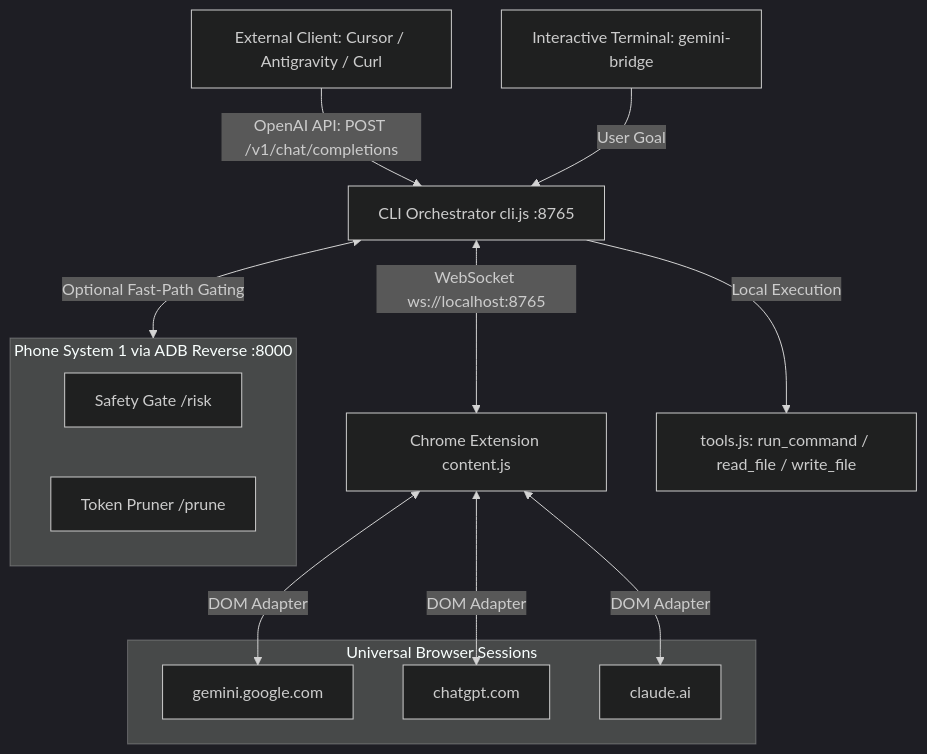
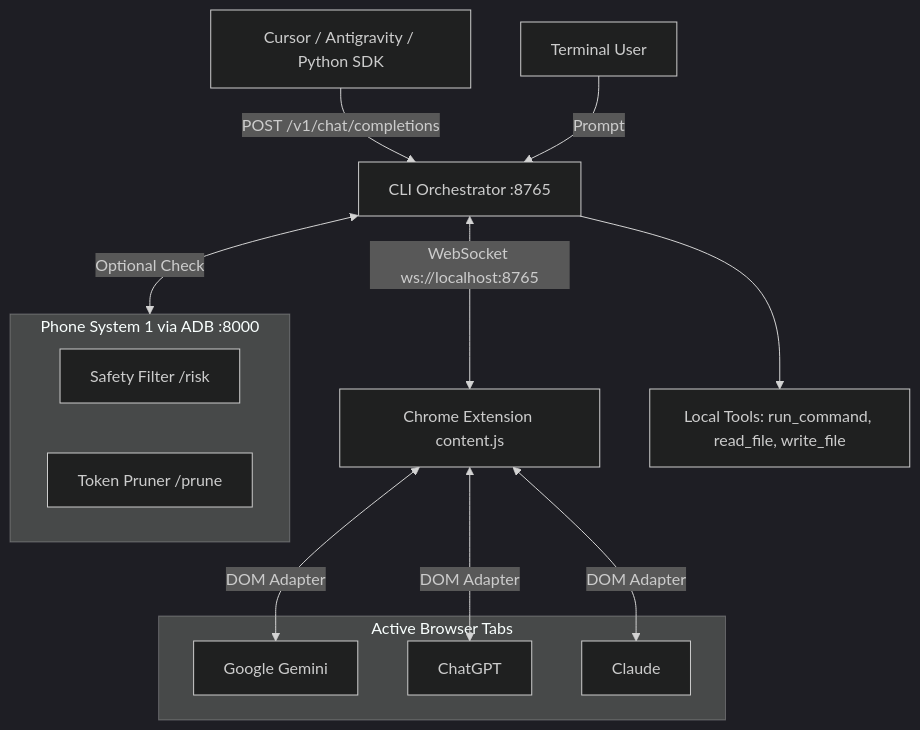
Before and after one commit to CoderBhoid/gemini-bridge: the diagram in README.md, drawn with Mermaid (dark theme). The commit also changed other lines of this file and 3 other files, not shown here.

````diff
--- a/README.md
+++ b/README.md
@@ -32,25 +44,25 @@
 ```mermaid
 flowchart TD
-    Client[External Client: Cursor / Antigravity / Curl] -->|OpenAI API: POST /v1/chat/completions| CLI[CLI Orchestrator cli.js :8765]
-    Terminal[Interactive Terminal: gemini-bridge] -->|User Goal| CLI
+    Client[Cursor / Antigravity / Python SDK] -->|POST /v1/chat/completions| CLI[CLI Orchestrator :8765]
+    Terminal[Terminal User] -->|Prompt| CLI
 
-    subgraph PhoneOffload [Phone System 1 via ADB Reverse :8000]
-        RiskGate[Safety Gate /risk]
-        OutputPruner[Token Pruner /prune]
+    subgraph Phone [Phone System 1 via ADB :8000]
+        Risk[Safety Filter /risk]
+        Prune[Token Pruner /prune]
     end
 
-    CLI <-->|Optional Fast-Path Gating| PhoneOffload
+    CLI <-->|Optional Check| Phone
     CLI <-->|WebSocket ws://localhost:8765| Ext[Chrome Extension content.js]
 
-    subgraph BrowserWebchats [Universal Browser Sessions]
-        Gemini[gemini.google.com]
-        ChatGPT[chatgpt.com]
-        Claude[claude.ai]
+    subgraph Browsers [Active Browser Tabs]
+        Gemini[Google Gemini]
+        ChatGPT[ChatGPT]
+        Claude[Claude]
     end
 
     Ext <-->|DOM Adapter| Gemini
     Ext <-->|DOM Adapter| ChatGPT
     Ext <-->|DOM Adapter| Claude
 
-    CLI -->|Local Execution| Tools[tools.js: run_command / read_file / write_file]
+    CLI --> Tools[Local Tools: run_command, read_file, write_file]
 ```
````
